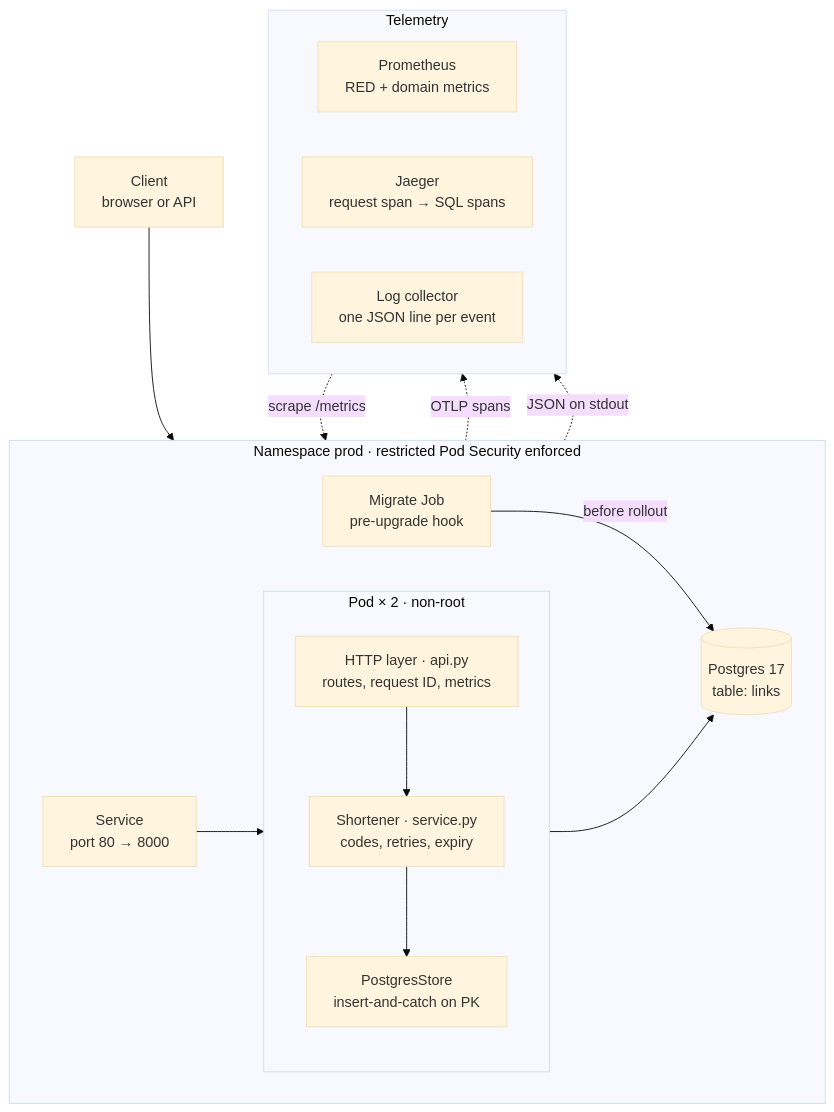
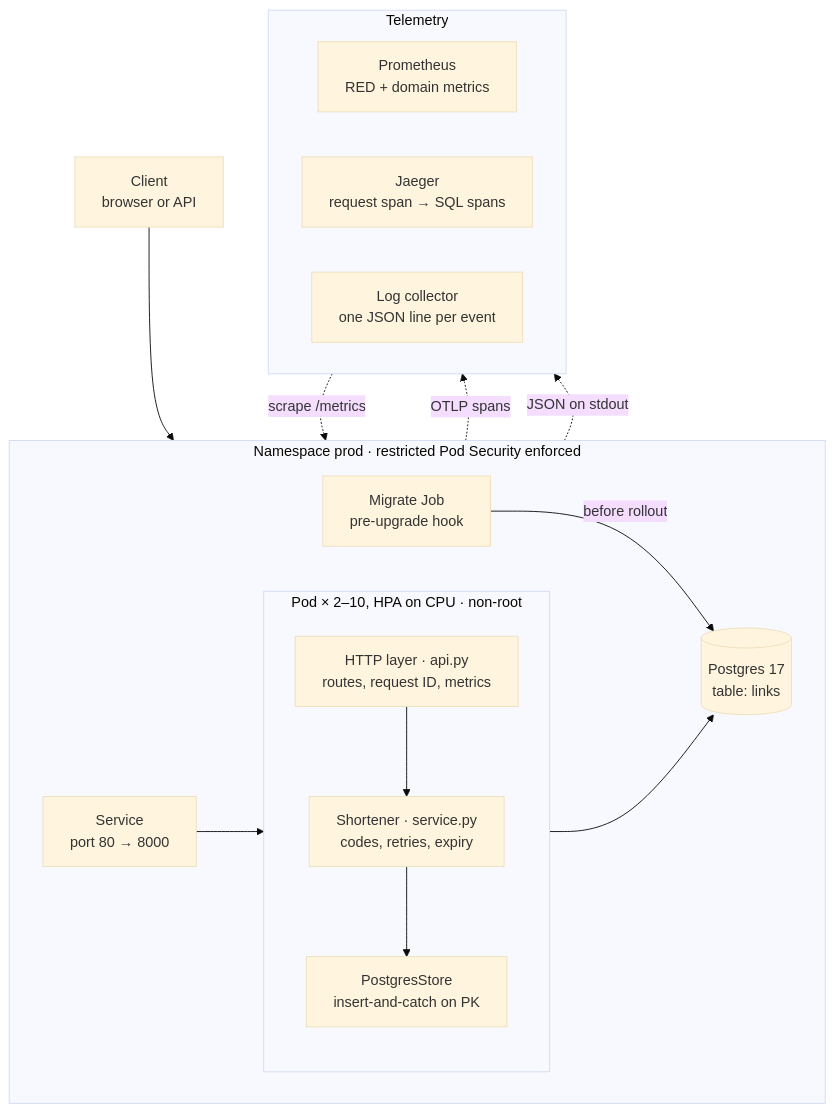
The diagram in docs/DESIGN.md (easypeasyops/links), drawn with Mermaid (base theme) before and after one commit. The commit also changed other lines of this file and 26 other files, not shown here.

````diff
--- a/docs/DESIGN.md
+++ b/docs/DESIGN.md
@@ -33,24 +33,24 @@
 ```mermaid
 flowchart TB
   client[Client<br/>browser or API] --> svc
   subgraph ns[Namespace prod · restricted Pod Security enforced]
     direction LR
     svc[Service<br/>port 80 → 8000] --> http
-    subgraph pod[Pod × 2 · non-root]
+    subgraph pod[Pod × 2–10, HPA on CPU · non-root]
       direction TB
       http[HTTP layer · api.py<br/>routes, request ID, metrics] --> core[Shortener · service.py<br/>codes, retries, expiry]
       core --> store[PostgresStore<br/>insert-and-catch on PK]
     end
     store --> pg[(Postgres 17<br/>table: links)]
     job[Migrate Job<br/>pre-upgrade hook] -->|before rollout| pg
   end
   subgraph tel[Telemetry]
     direction LR
     prom[Prometheus<br/>RED + domain metrics]
     jaeger[Jaeger<br/>request span → SQL spans]
     logs[Log collector<br/>one JSON line per event]
   end
   http -.->|OTLP spans| jaeger
   http -.->|JSON on stdout| logs
   prom -.->|scrape /metrics| http
 ```
````
